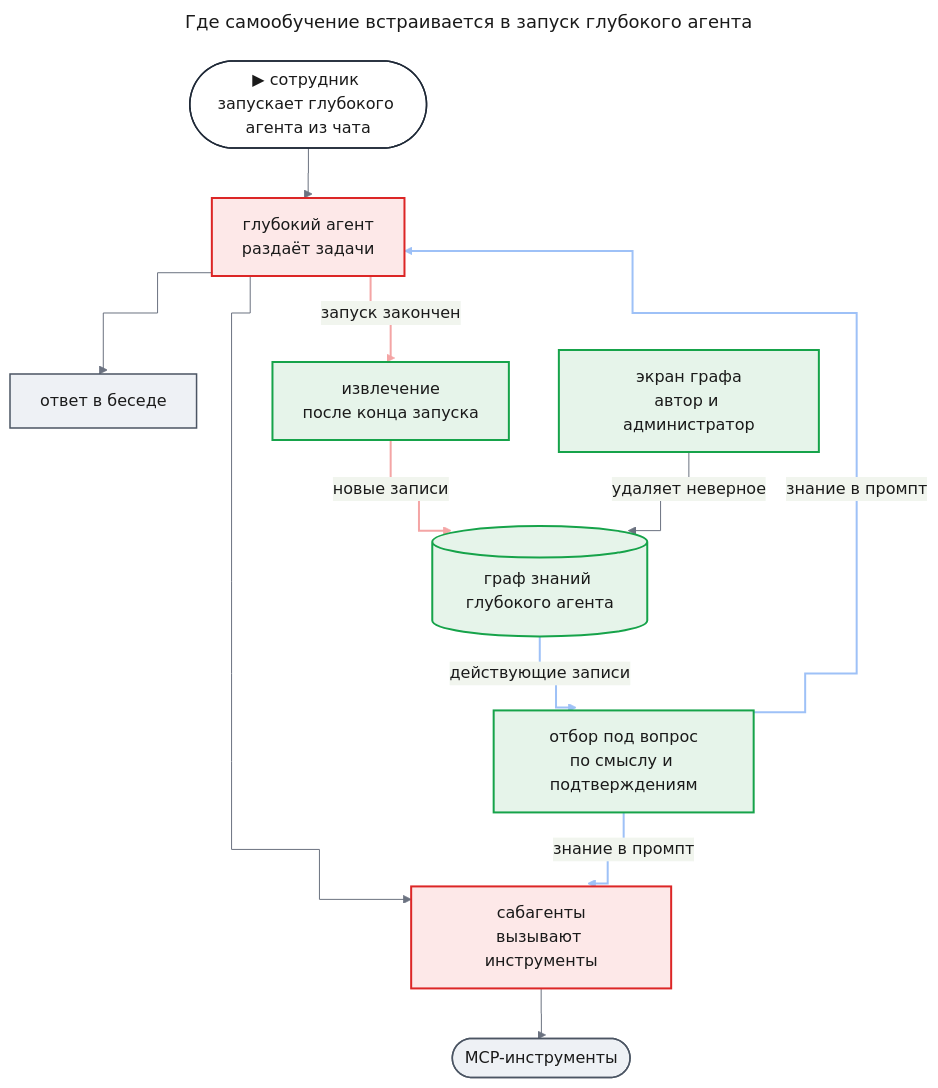
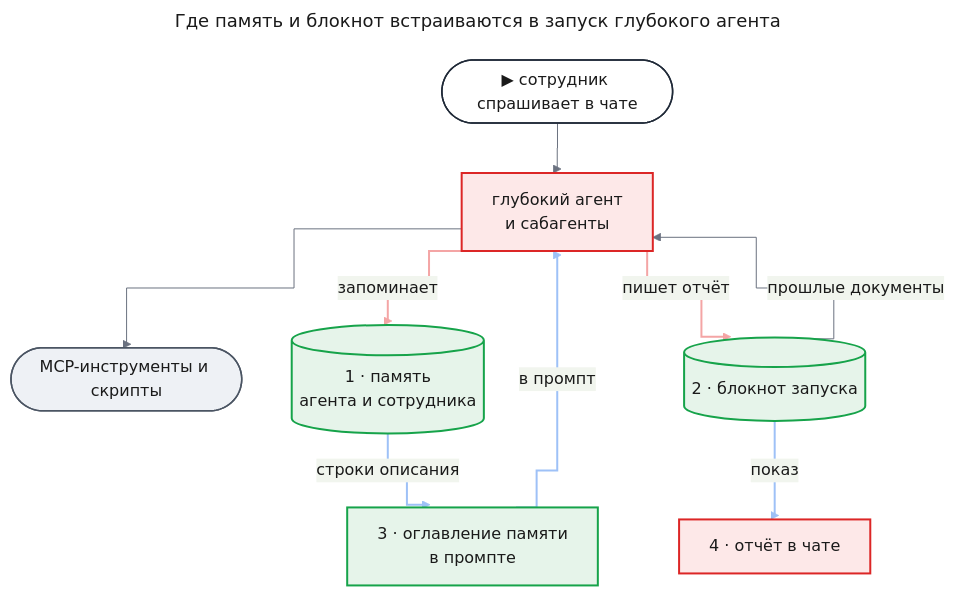
Before and after one commit to tundraray/agent-os: the first of 3 diagrams in docs/features/self-learning/prd.md, drawn with Mermaid. The commit also changed other lines of this file and 37 other files, not shown here.

First line of the commit message:
docs(self-learning): describe scripts, memory, notepad and training

````diff
--- a/docs/features/self-learning/prd.md
+++ b/docs/features/self-learning/prd.md
@@ -48,56 +51,52 @@
 ```mermaid
 ---
-title: "Где самообучение встраивается в запуск глубокого агента"
+title: "Где память и блокнот встраиваются в запуск глубокого агента"
 config:
   theme: base
   look: classic
   themeVariables:
     primaryColor: "#eef1f5"
     primaryBorderColor: "#4b5563"
     primaryTextColor: "#1a1a1a"
     lineColor: "#6b7280"
   flowchart:
     curve: step
   themeCSS: |
-    @keyframes lit_sl1{0%,18%{stroke:#991b1b;stroke-width:6px}20%,100%{stroke:#f4a5a5;stroke-width:2px}}
-    @keyframes litr_sl1{0%,18%{stroke:#1d4ed8;stroke-width:6px}20%,100%{stroke:#9ec1f7;stroke-width:2px}}
+    @keyframes lit_slm{0%,18%{stroke:#991b1b;stroke-width:6px}20%,100%{stroke:#f4a5a5;stroke-width:2px}}
+    @keyframes litr_slm{0%,18%{stroke:#1d4ed8;stroke-width:6px}20%,100%{stroke:#9ec1f7;stroke-width:2px}}
 ---
 flowchart TB
-    entry(["▶ сотрудник запускает глубокого агента из чата"])
-    coord["глубокий агент<br/>раздаёт задачи"]
-    exec["сабагенты<br/>вызывают инструменты"]
-    tools(["MCP-инструменты"])
-    answer["ответ в беседе"]
-    extract["извлечение<br/>после конца запуска"]
-    kg[("граф знаний глубокого агента")]
-    pick["отбор под вопрос<br/>по смыслу и подтверждениям"]
-    screen["экран графа<br/>автор и администратор"]
-    entry --> coord
-    coord --> exec
-    exec --> tools
-    coord --> answer
-    coord e1@-->|"запуск закончен"| extract
-    extract e2@-->|"новые записи"| kg
-    kg e3@-->|"действующие записи"| pick
-    pick e4@-->|"знание в промпт"| coord
-    pick e5@-->|"знание в промпт"| exec
-    screen -->|"удаляет неверное"| kg
+    entry(["▶ сотрудник спрашивает в чате"])
+    agent["глубокий агент<br/>и сабагенты"]
+    tools(["MCP-инструменты и скрипты"])
+    memory[("1 · память<br/>агента и сотрудника")]
+    notepad[("2 · блокнот запуска")]
+    index["3 · оглавление памяти<br/>в промпте"]
+    chat["4 · отчёт в чате"]
+    entry --> agent
+    agent --> tools
+    agent e1@-->|"запоминает"| memory
+    agent e2@-->|"пишет отчёт"| notepad
+    memory e3@-->|"строки описания"| index
+    index e4@-->|"в промпт"| agent
+    notepad e5@-->|"показ"| chat
+    notepad -->|"прошлые документы"| agent
     classDef entry fill:#ffffff,stroke:#1f2937,stroke-width:1.5px,color:#1a1a1a
     classDef changed fill:#fde8e8,stroke:#dc2626,stroke-width:2px,color:#1a1a1a
     classDef new fill:#e6f4ea,stroke:#16a34a,stroke-width:2px,color:#1a1a1a
     classDef unchanged fill:#eef1f5,stroke:#4b5563,stroke-width:1.5px,color:#1a1a1a
-    classDef w1 stroke:#f4a5a5,stroke-width:2px,animation:lit_sl1 6s linear 0s infinite
-    classDef w2 stroke:#f4a5a5,stroke-width:2px,animation:lit_sl1 6s linear 1.2s infinite
-    classDef r3 stroke:#9ec1f7,stroke-width:2px,animation:litr_sl1 6s linear 2.4s infinite
-    classDef r4 stroke:#9ec1f7,stroke-width:2px,animation:litr_sl1 6s linear 3.6s infinite
-    classDef r5 stroke:#9ec1f7,stroke-width:2px,animation:litr_sl1 6s linear 4.8s infinite
+    classDef w1 stroke:#f4a5a5,stroke-width:2px,animation:lit_slm 6s linear 0s infinite
+    classDef w2 stroke:#f4a5a5,stroke-width:2px,animation:lit_slm 6s linear 1.2s infinite
+    classDef r3 stroke:#9ec1f7,stroke-width:2px,animation:litr_slm 6s linear 2.4s infinite
+    classDef r4 stroke:#9ec1f7,stroke-width:2px,animation:litr_slm 6s linear 3.6s infinite
+    classDef r5 stroke:#9ec1f7,stroke-width:2px,animation:litr_slm 6s linear 4.8s infinite
     class entry entry
-    class coord,exec changed
-    class extract,kg,pick,screen new
-    class tools,answer unchanged
+    class agent,chat changed
+    class memory,notepad,index new
+    class tools unchanged
     class e1 w1
     class e2 w2
     class e3 r3
     class e4 r4
     class e5 r5
 ```
````
